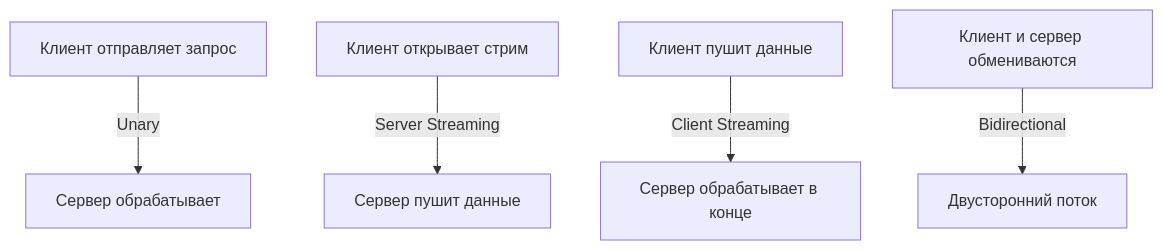
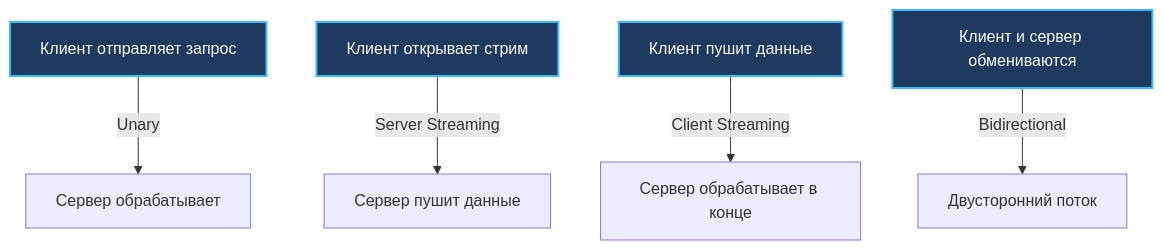
Before and after one commit to UnrealTemplier/go-textbook: the second of 3 diagrams in sources/3. Компьютерные сети и сетевой стек/26. gRPC, Protocol Buffers и сетевые особенности RPC.md, drawn with Mermaid. The commit also changed other lines of this file and 1666 other files, not shown here.

First line of the commit message:
feat(mermaid): add semantic color classDef to 1369 colorless flowchart/graph diagrams

````diff
--- a/sources/3. Компьютерные сети и сетевой стек/26. gRPC, Protocol Buffers и сетевые особенности RPC.md
+++ b/sources/3. Компьютерные сети и сетевой стек/26. gRPC, Protocol Buffers и сетевые особенности RPC.md
@@ -75,7 +85,17 @@
 ```mermaid
 flowchart TD
-    A["Клиент отправляет запрос"]-->|Unary|B["Сервер обрабатывает"]
-    C["Клиент открывает стрим"]-->|Server Streaming|D["Сервер пушит данные"]
-    E["Клиент пушит данные"]-->|Client Streaming|F["Сервер обрабатывает в конце"]
-    G["Клиент и сервер обмениваются"]-->|Bidirectional|H["Двусторонний поток"]
+    classDef process  fill:#1e293b,stroke:#38bdf8,stroke-width:1px,color:#f8fafc
+    classDef success  fill:#064e3b,stroke:#34d399,stroke-width:1px,color:#f8fafc
+    classDef error    fill:#7f1d1d,stroke:#f87171,stroke-width:1px,color:#f8fafc
+    classDef warning  fill:#78350f,stroke:#fbbf24,stroke-width:1px,color:#f8fafc
+    classDef entry    fill:#1e3a5f,stroke:#38bdf8,stroke-width:2px,color:#f8fafc
+    classDef aux      fill:#334155,stroke:#64748b,stroke-width:1px,color:#f8fafc
+    classDef system   fill:#312e81,stroke:#a78bfa,stroke-width:1px,color:#f8fafc
+    classDef data     fill:#132d29,stroke:#2dd4bf,stroke-width:1px,color:#f8fafc
+    classDef network  fill:#881337,stroke:#fb7185,stroke-width:1px,color:#f8fafc
+    classDef accent   fill:#1e1b4b,stroke:#818cf8,stroke-width:1px,color:#f8fafc
+    A["Клиент отправляет запрос"]:::entry-->|Unary|B["Сервер обрабатывает"]
+    C["Клиент открывает стрим"]:::entry-->|Server Streaming|D["Сервер пушит данные"]
+    E["Клиент пушит данные"]:::entry-->|Client Streaming|F["Сервер обрабатывает в конце"]
+    G["Клиент и сервер обмениваются"]:::entry-->|Bidirectional|H["Двусторонний поток"]
 ```
````
